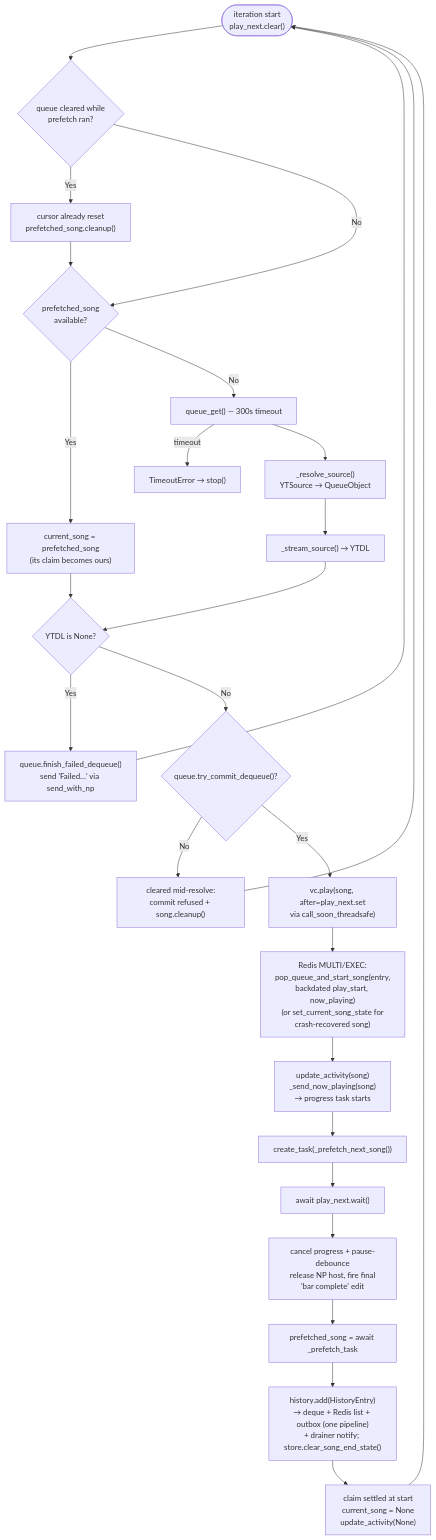
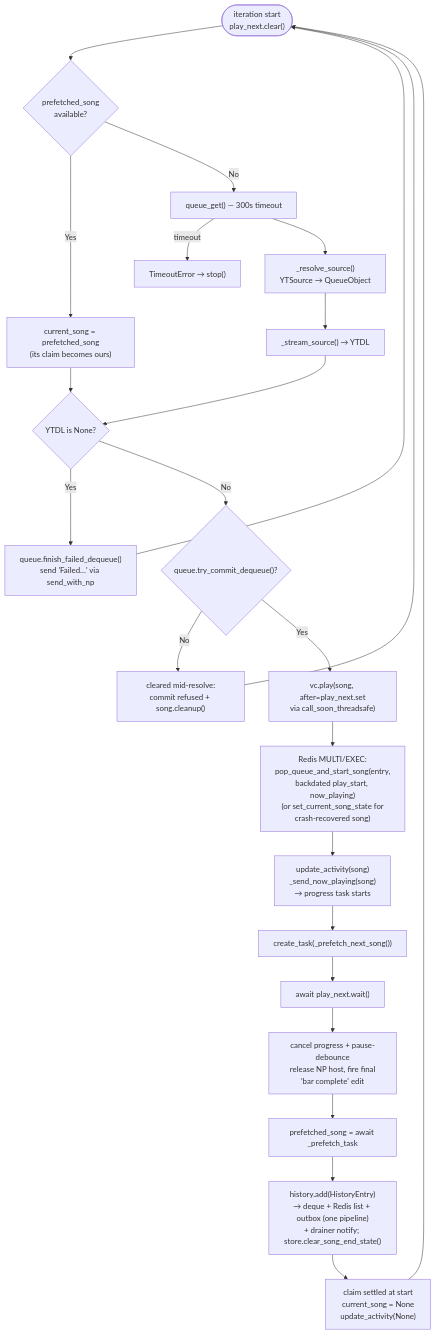
The tenth of 15 diagrams in docs/ARCHITECTURE.md (kawadeomkar/discord-music-bot), drawn with Mermaid before and after one commit. The commit also changed other lines of this file and 4 other files, not shown here.

````diff
--- a/docs/ARCHITECTURE.md
+++ b/docs/ARCHITECTURE.md
@@ -571,38 +571,34 @@
 ```mermaid
 flowchart TD
     Start(["iteration start\nplay_next.clear()"])
-    Cleared{"queue cleared while\nprefetch ran?"}
-    DropPF["cursor already reset\nprefetched_song.cleanup()"]
     HavePF{"prefetched_song\navailable?"}
     UsePF["current_song = prefetched_song\n(its claim becomes ours)"]
     GetQueue["queue_get() — 300s timeout"]
     Timeout["TimeoutError → stop()"]
     Resolve["_resolve_source()\nYTSource → QueueObject"]
     Stream["_stream_source() → YTDL"]
     Failed{"YTDL is None?"}
     FailPop["queue.finish_failed_dequeue()\nsend 'Failed…' via send_with_np"]
     Commit{"queue.try_commit_dequeue()?"}
     Discard["cleared mid-resolve:\ncommit refused + song.cleanup()"]
     Play["vc.play(song, after=play_next.set\nvia call_soon_threadsafe)"]
     Persist["Redis MULTI/EXEC:\npop_queue_and_start_song(entry,\nbackdated play_start, now_playing)\n(or set_current_song_state for\ncrash-recovered song)"]
     NP["update_activity(song)\n_send_now_playing(song)\n→ progress task starts"]
     Prefetch["create_task(_prefetch_next_song())"]
     Wait["await play_next.wait()"]
     Retire["cancel progress + pause-debounce\nrelease NP host, fire final\n'bar complete' edit"]
     Collect["prefetched_song = await _prefetch_task"]
     History["history.add(HistoryEntry)\n→ deque + Redis list + outbox (one pipeline)\n+ drainer notify; store.clear_song_end_state()"]
     Done["claim settled at start\ncurrent_song = None\nupdate_activity(None)"]
 
-    Start --> Cleared
-    Cleared -->|Yes| DropPF --> HavePF
-    Cleared -->|No| HavePF
+    Start --> HavePF
     HavePF -->|Yes| UsePF --> Failed
     HavePF -->|No| GetQueue
     GetQueue -->|timeout| Timeout
     GetQueue --> Resolve --> Stream --> Failed
     Failed -->|Yes| FailPop --> Start
     Failed -->|No| Commit
     Commit -->|No| Discard --> Start
     Commit -->|Yes| Play --> Persist --> NP --> Prefetch --> Wait
     Wait --> Retire --> Collect --> History --> Done --> Start
 ```
````
